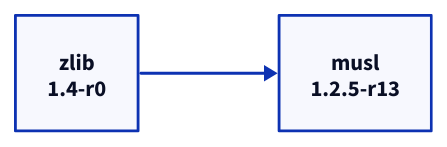
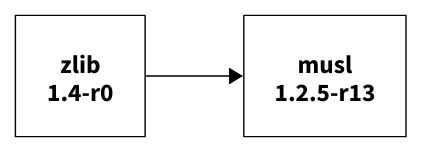
One commit to Natnalop/Timofeev_IKBO-70-25 changed the diagram in Workbook2/stage5/examples/zlib.d2. Above: the diagram before and after it, drawn with D2. The commit also changed 8 other files, not shown here.

Commit message:
style(workbook2): use plain monochrome graphs with orthogonal edges

```diff
--- a/Workbook2/stage5/examples/zlib.d2
+++ b/Workbook2/stage5/examples/zlib.d2
@@ -1,4 +1,32 @@
 direction: right
-"musl@1.2.5-r13": "musl\n1.2.5-r13"
-"zlib@1.4-r0": "zlib\n1.4-r0"
-"zlib@1.4-r0" -> "musl@1.2.5-r13"
+vars: {
+  d2-config: {
+    layout-engine: elk
+  }
+}
+style.fill: white
+"musl@1.2.5-r13": "musl\n1.2.5-r13" {
+  shape: rectangle
+  style.fill: white
+  style.stroke: black
+  style.font-color: black
+  style.stroke-width: 1
+  style.border-radius: 0
+  style.shadow: false
+  style.font-size: 18
+}
+"zlib@1.4-r0": "zlib\n1.4-r0" {
+  shape: rectangle
+  style.fill: white
+  style.stroke: black
+  style.font-color: black
+  style.stroke-width: 1
+  style.border-radius: 0
+  style.shadow: false
+  style.font-size: 18
+}
+"zlib@1.4-r0" -> "musl@1.2.5-r13" {
+  style.stroke: black
+  style.stroke-width: 1
+  style.border-radius: 0
+}
```
